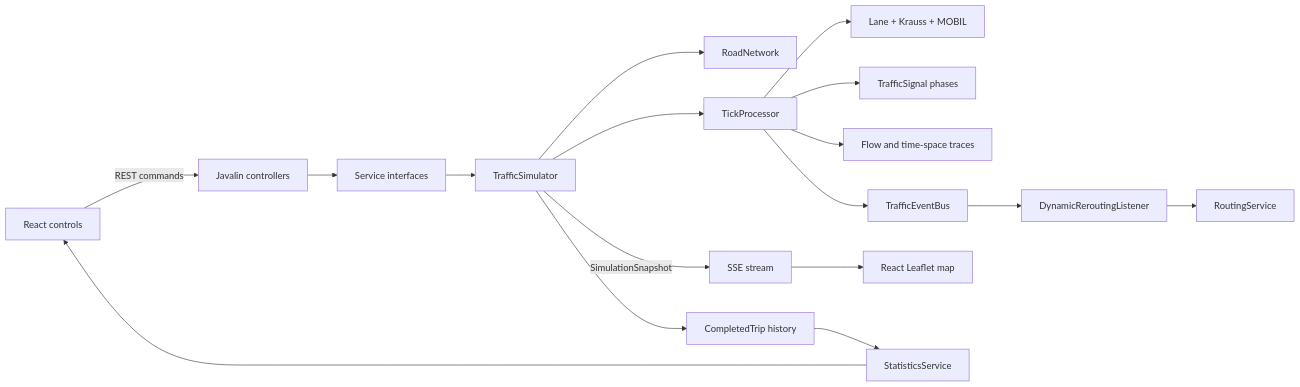
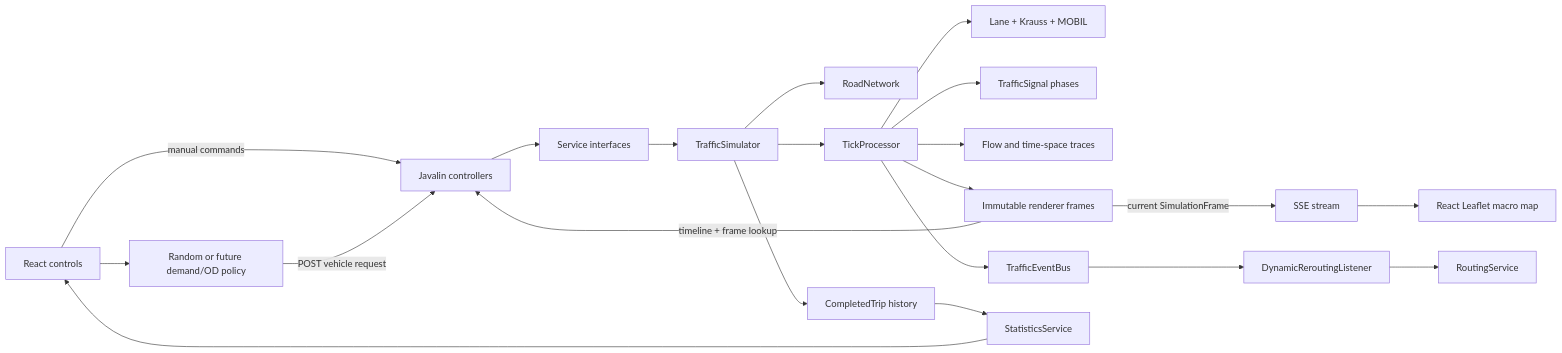
The diagram in docs/ARCHITECTURE.md (binhnguyenag07-ops/Traffic-Event-System), drawn with Mermaid before and after one commit. The commit also changed other lines of this file and 6 other files, not shown here.

````diff
--- a/docs/ARCHITECTURE.md
+++ b/docs/ARCHITECTURE.md
@@ -82,19 +105,23 @@
 ```mermaid
 flowchart LR
-    UI[React controls] -->|REST commands| API[Javalin controllers]
+    UI[React controls] -->|manual commands| API[Javalin controllers]
+    UI --> SpawnPolicy[Random or future demand/OD policy]
+    SpawnPolicy -->|POST vehicle request| API
     API --> Services[Service interfaces]
     Services --> Simulator[TrafficSimulator]
     Simulator --> Graph[RoadNetwork]
     Simulator --> Tick[TickProcessor]
     Tick --> Dynamics[Lane + Krauss + MOBIL]
     Tick --> Signals[TrafficSignal phases]
     Tick --> Traces[Flow and time-space traces]
+    Tick --> Frames[Immutable renderer frames]
     Tick --> Bus[TrafficEventBus]
     Bus --> Reroute[DynamicReroutingListener]
     Reroute --> Routing[RoutingService]
-    Simulator -->|SimulationSnapshot| SSE[SSE stream]
-    SSE --> Map[React Leaflet map]
+    Frames -->|current SimulationFrame| SSE[SSE stream]
+    Frames -->|timeline + frame lookup| API
+    SSE --> Map[React Leaflet macro map]
     Simulator --> Trips[CompletedTrip history]
     Trips --> Stats[StatisticsService]
     Stats --> UI
 ```
````
